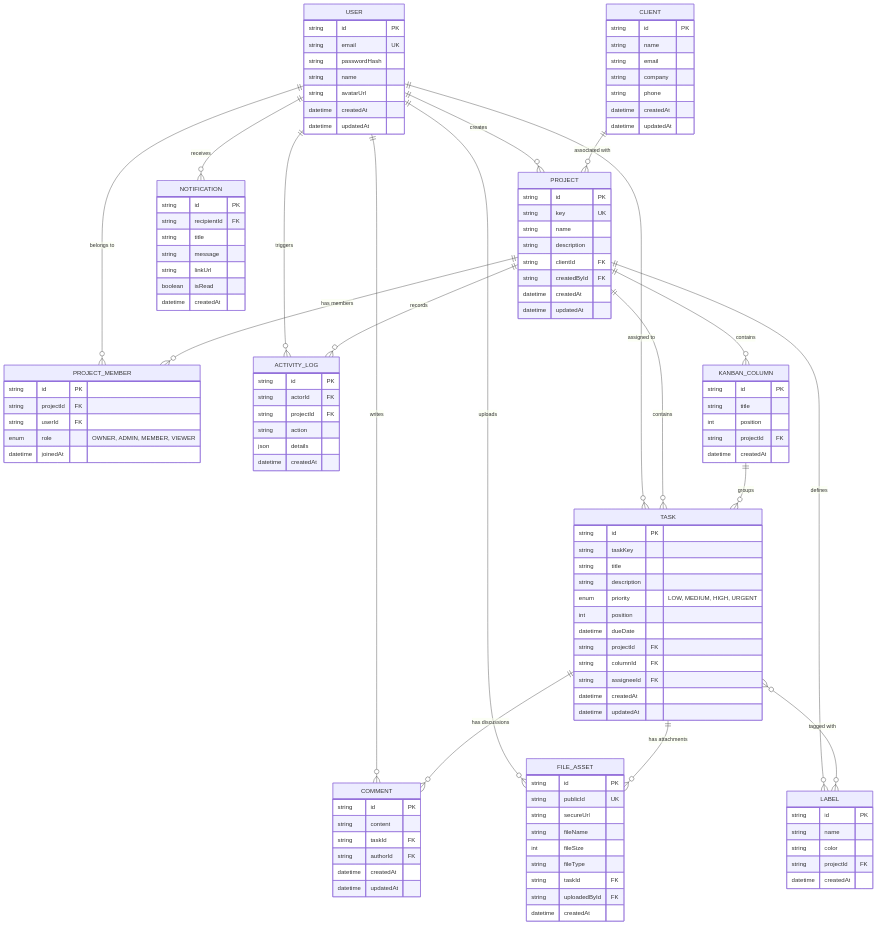
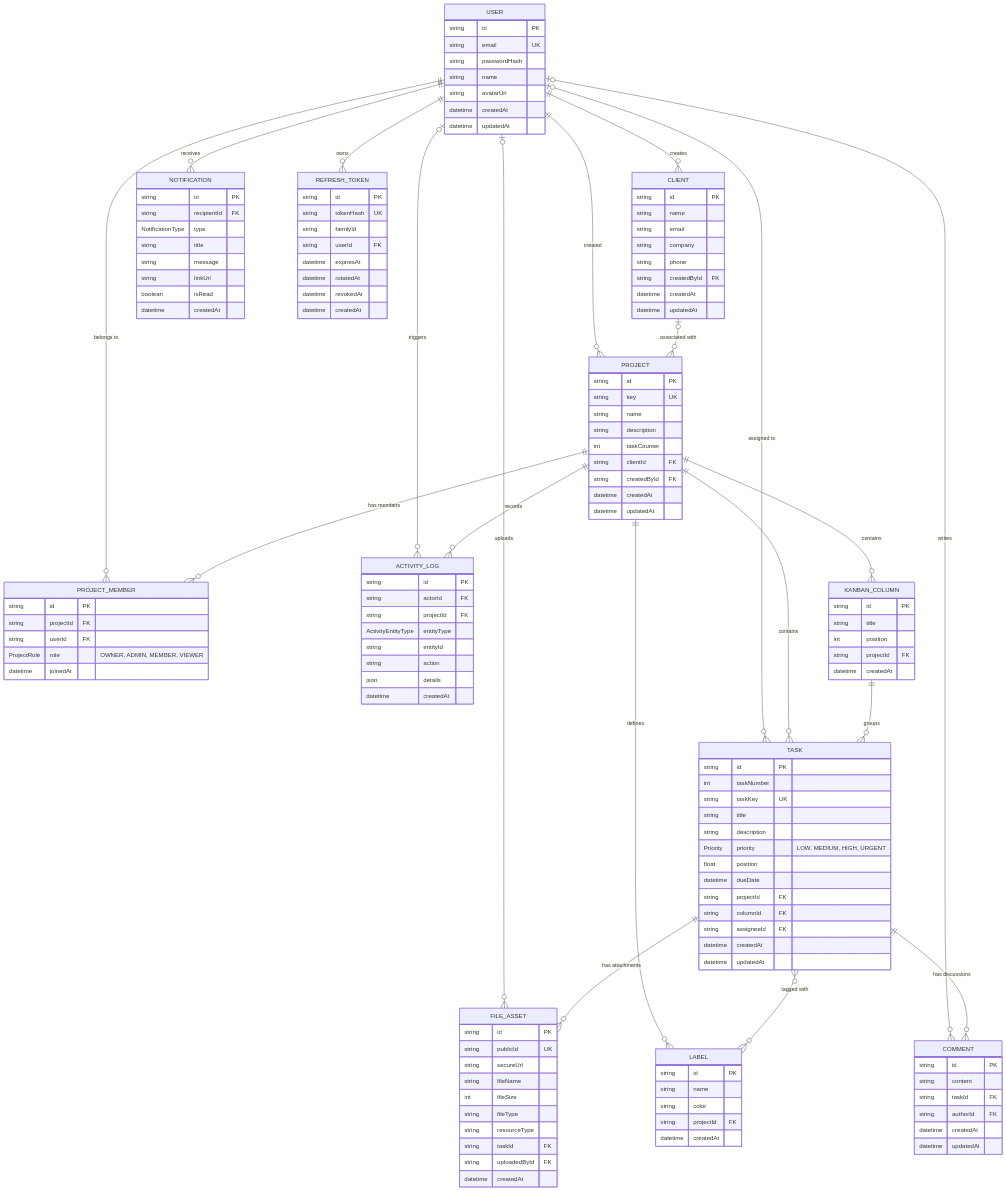
Before and after one commit to adityasingh-dev-in/tickon: the diagram in docs/04-tech-reference.md, drawn with Mermaid. The commit also changed other lines of this file and 64 other files, not shown here.

````diff
--- a/docs/04-tech-reference.md
+++ b/docs/04-tech-reference.md
@@ -40,14 +92,16 @@
 ```mermaid
 erDiagram
-    USER ||--o{ PROJECT : "creates"
+    USER ||--o{ PROJECT : "created"
+    USER ||--o{ CLIENT : "creates"
     USER ||--o{ PROJECT_MEMBER : "belongs to"
-    USER ||--o{ TASK : "assigned to"
-    USER ||--o{ COMMENT : "writes"
-    USER ||--o{ FILE_ASSET : "uploads"
+    USER |o--o{ TASK : "assigned to"
+    USER |o--o{ COMMENT : "writes"
+    USER |o--o{ FILE_ASSET : "uploads"
     USER ||--o{ NOTIFICATION : "receives"
-    USER ||--o{ ACTIVITY_LOG : "triggers"
+    USER |o--o{ ACTIVITY_LOG : "triggers"
+    USER ||--o{ REFRESH_TOKEN : "owns"
 
-    CLIENT ||--o{ PROJECT : "associated with"
+    CLIENT |o--o{ PROJECT : "associated with"
 
     PROJECT ||--o{ PROJECT_MEMBER : "has members"
     PROJECT ||--o{ KANBAN_COLUMN : "contains"
@@ -71,12 +125,24 @@
         datetime updatedAt
     }
 
+    REFRESH_TOKEN {
+        string id PK
+        string tokenHash UK
+        string familyId
+        string userId FK
+        datetime expiresAt
+        datetime rotatedAt
+        datetime revokedAt
+        datetime createdAt
+    }
+
     CLIENT {
         string id PK
         string name
         string email
         string company
         string phone
+        string createdById FK
         datetime createdAt
         datetime updatedAt
     }
@@ -86,6 +152,7 @@
         string key UK
         string name
         string description
+        int taskCounter
         string clientId FK
         string createdById FK
         datetime createdAt
@@ -96,7 +163,7 @@
         string id PK
         string projectId FK
         string userId FK
-        enum role "OWNER, ADMIN, MEMBER, VIEWER"
+        ProjectRole role "OWNER, ADMIN, MEMBER, VIEWER"
         datetime joinedAt
     }
 
@@ -110,11 +177,12 @@
 
     TASK {
         string id PK
-        string taskKey
+        int taskNumber
+        string taskKey UK
         string title
         string description
-        enum priority "LOW, MEDIUM, HIGH, URGENT"
-        int position
+        Priority priority "LOW, MEDIUM, HIGH, URGENT"
+        float position
         datetime dueDate
         string projectId FK
         string columnId FK
@@ -147,6 +215,7 @@
         string fileName
         int fileSize
         string fileType
+        string resourceType
         string taskId FK
         string uploadedById FK
         datetime createdAt
@@ -155,6 +224,7 @@
     NOTIFICATION {
         string id PK
         string recipientId FK
+        NotificationType type
         string title
         string message
         string linkUrl
@@ -166,9 +236,10 @@
         string id PK
         string actorId FK
         string projectId FK
+        ActivityEntityType entityType
+        string entityId
         string action
         json details
         datetime createdAt
     }
-
 ```
````
